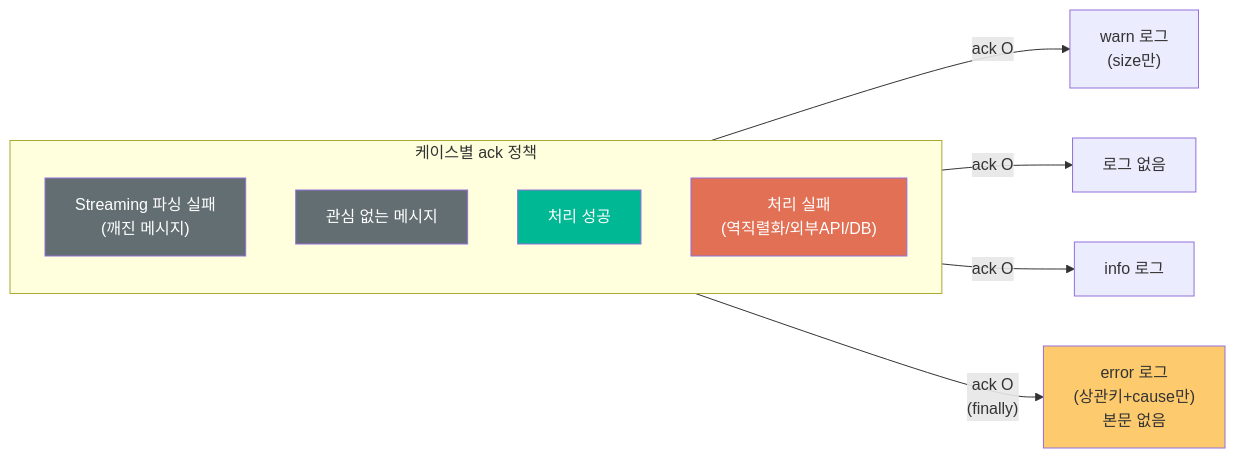
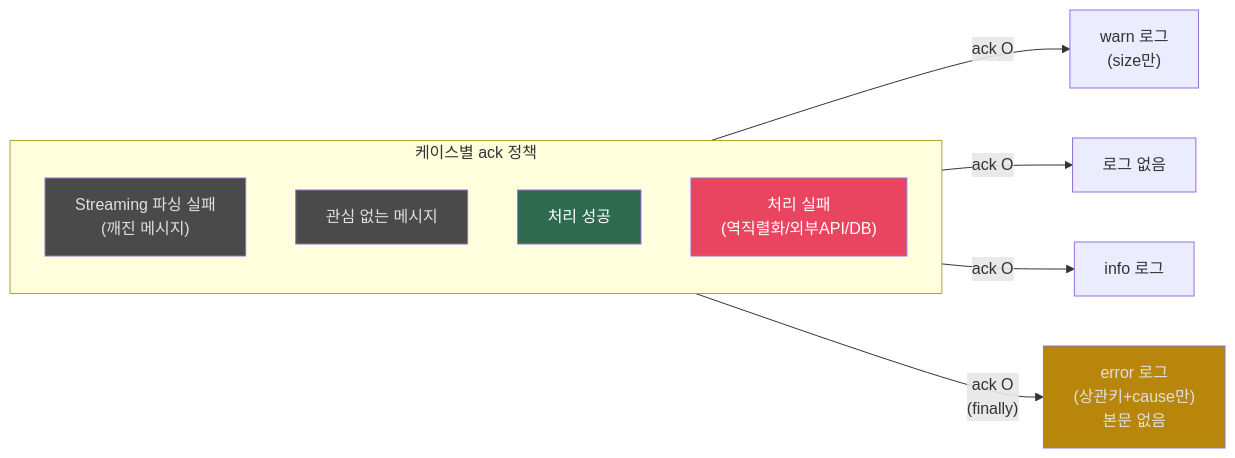
The eighth of 8 diagrams in contents/posts/roopers/technical-writing/round4/index.md (hyungkishin/hyungkishin.github.io), drawn with Mermaid before and after one commit. The commit also changed other lines of this file and 3 other files, not shown here.

Commit message:
style: round1~5 블로그 톤 통일 (~합니다 체, 단문 연결, Mermaid 색상, AI 패턴 제거)

````diff
--- a/contents/posts/roopers/technical-writing/round4/index.md
+++ b/contents/posts/roopers/technical-writing/round4/index.md
@@ -362,21 +376,21 @@
 ```mermaid
 flowchart LR
     subgraph cases["케이스별 ack 정책"]
         direction TB
         c1["Streaming 파싱 실패<br/>(깨진 메시지)"]
         c2["관심 없는 메시지"]
         c3["처리 성공"]
         c4["처리 실패<br/>(역직렬화/외부API/DB)"]
     end
 
     c1 -->|"ack O"| r1["warn 로그<br/>(size만)"]
     c2 -->|"ack O"| r2["로그 없음"]
     c3 -->|"ack O"| r3["info 로그"]
     c4 -->|"ack O<br/>(finally)"| r4["error 로그<br/>(상관키+cause만)<br/>본문 없음"]
 
-    style c1 fill:#636e72,color:#fff
-    style c2 fill:#636e72,color:#fff
-    style c3 fill:#00b894,color:#fff
-    style c4 fill:#e17055,color:#fff
-    style r4 fill:#fdcb6e,color:#333
+    style c1 fill:#4a4a4a,color:#e0e0e0
+    style c2 fill:#4a4a4a,color:#e0e0e0
+    style c3 fill:#2d6a4f,color:#ffffff
+    style c4 fill:#e94560,color:#ffffff
+    style r4 fill:#b8860b,color:#e0e0e0
 ```
````
